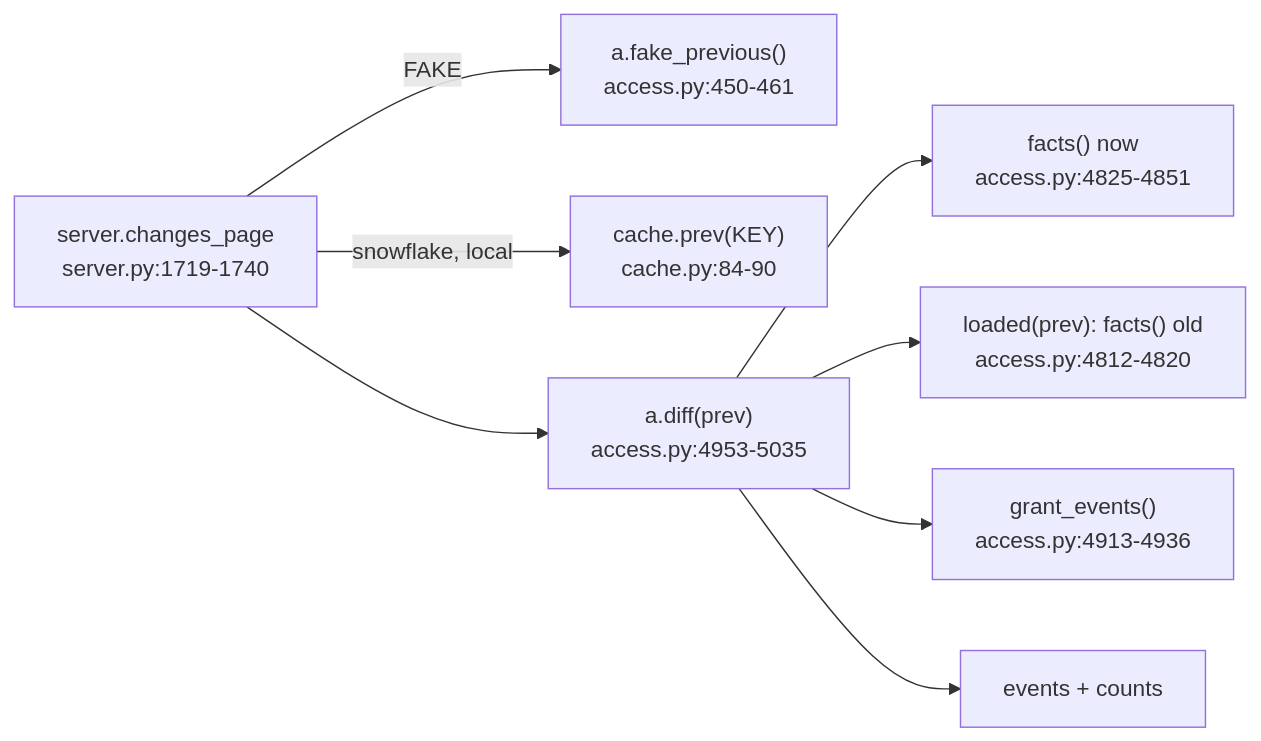
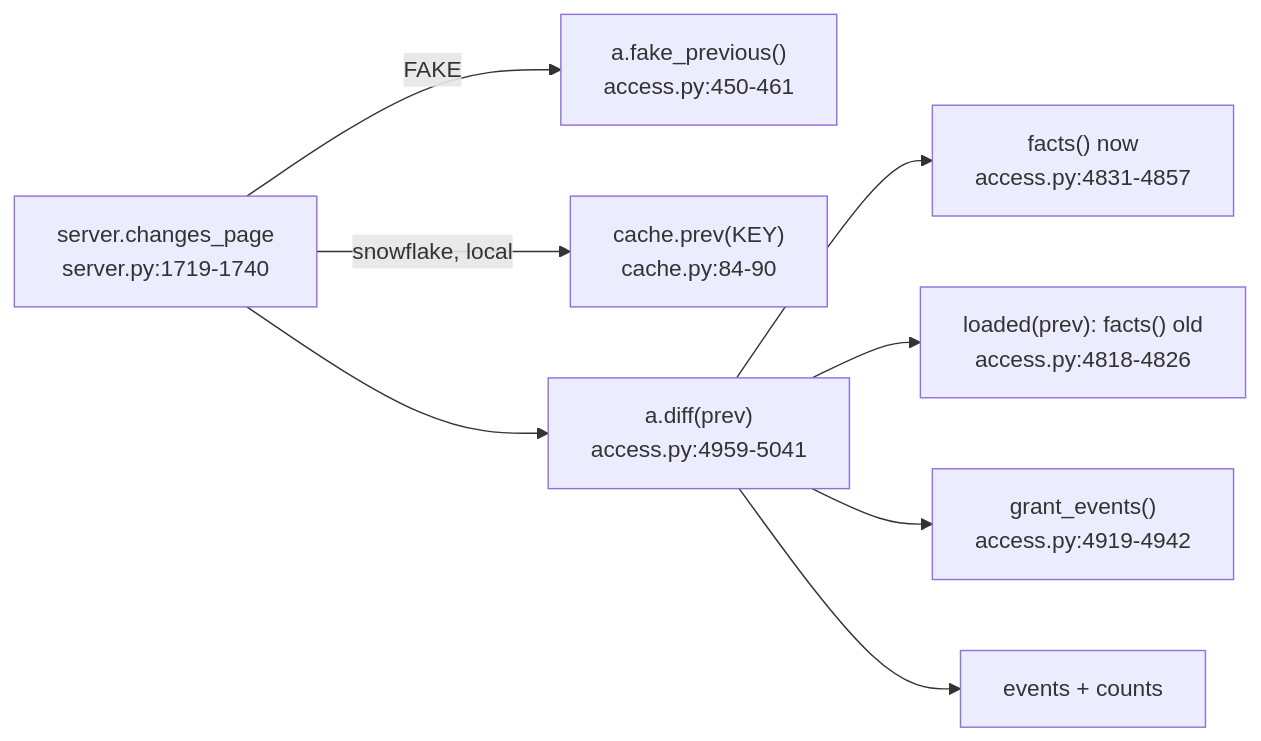
The diagram in snowflake-access-explorer-knowledge-graph/logic/diff.md (darshanmeel/snowflake-access-explorer), drawn with Mermaid before and after one commit. The commit also changed other lines of this file and 42 other files, not shown here.

Commit message:
Docs and knowledge graph for the </> mark on every card and page SQL for every name

````diff
--- a/snowflake-access-explorer-knowledge-graph/logic/diff.md
+++ b/snowflake-access-explorer-knowledge-graph/logic/diff.md
@@ -6,10 +6,10 @@
 ```mermaid
 flowchart LR
   CP["server.changes_page<br/>server.py:1719-1740"] -->|FAKE| FP["a.fake_previous()<br/>access.py:450-461"]
   CP -->|snowflake, local| PR["cache.prev(KEY)<br/>cache.py:84-90"]
-  CP --> D["a.diff(prev)<br/>access.py:4953-5035"]
-  D --> FN["facts() now<br/>access.py:4825-4851"]
-  D --> LD["loaded(prev): facts() old<br/>access.py:4812-4820"]
-  D --> GE["grant_events()<br/>access.py:4913-4936"]
+  CP --> D["a.diff(prev)<br/>access.py:4959-5041"]
+  D --> FN["facts() now<br/>access.py:4831-4857"]
+  D --> LD["loaded(prev): facts() old<br/>access.py:4818-4826"]
+  D --> GE["grant_events()<br/>access.py:4919-4942"]
   D --> EV[events + counts]
 ```
````
